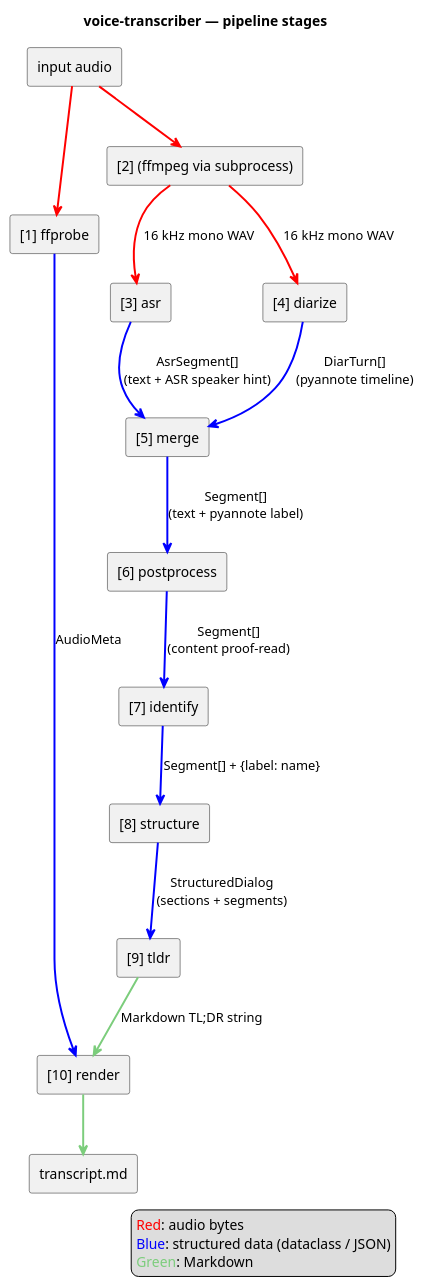
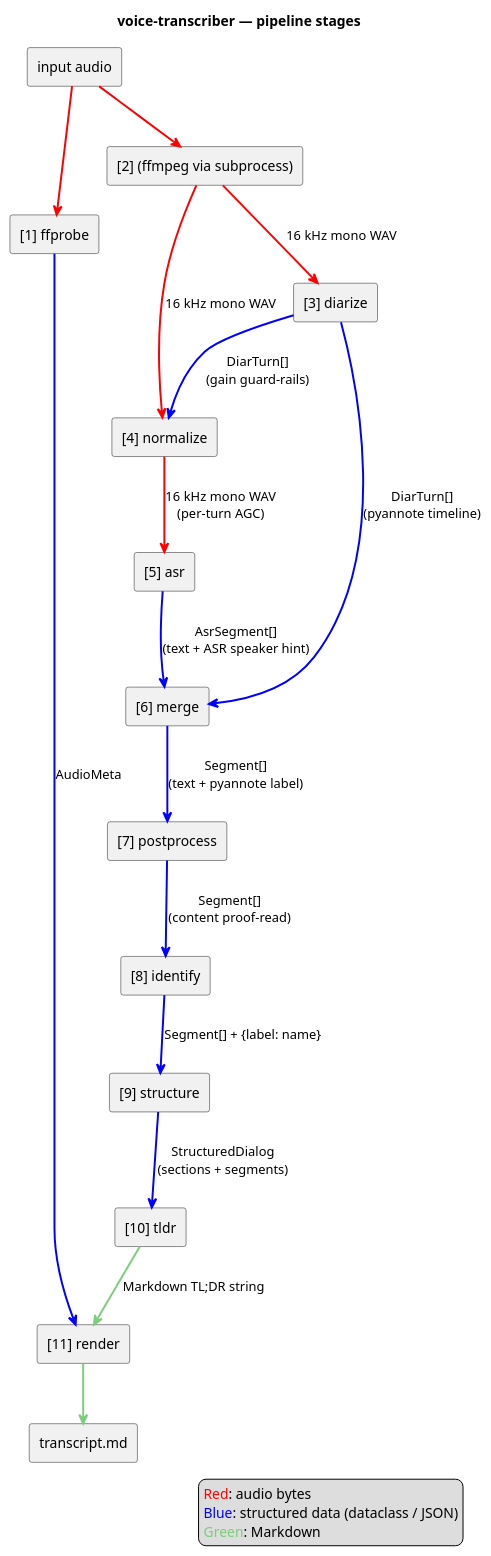
Before and after one commit to artem-from-ua/voice-transcriber: the second of 2 diagrams in docs/architecture.md, drawn with PlantUML. The commit also changed other lines of this file and 18 other files, not shown here.

````diff
--- a/docs/architecture.md
+++ b/docs/architecture.md
@@ -63,45 +63,48 @@
 ```plantuml
 @startuml
 title voice-transcriber — pipeline stages
 skinparam componentStyle rectangle
 skinparam ArrowThickness 2
 
 [input audio] as Input
 [transcript.md] as Output
 
 component "[1] ffprobe" as FF
 component "[2] (ffmpeg via subprocess)" as WAV
-component "[3] asr" as ASR
-component "[4] diarize" as Diar
-component "[5] merge" as Merge
-component "[6] postprocess" as Post
-component "[7] identify" as Ident
-component "[8] structure" as Struct
-component "[9] tldr" as TLDR
-component "[10] render" as Render
+component "[3] diarize" as Diar
+component "[4] normalize" as Norm
+component "[5] asr" as ASR
+component "[6] merge" as Merge
+component "[7] postprocess" as Post
+component "[8] identify" as Ident
+component "[9] structure" as Struct
+component "[10] tldr" as TLDR
+component "[11] render" as Render
 
 Input -[#red]-> FF
 Input -[#red]-> WAV
 
-WAV -[#red]-> ASR : 16 kHz mono WAV
 WAV -[#red]-> Diar : 16 kHz mono WAV
+WAV -[#red]-> Norm : 16 kHz mono WAV
+Diar -[#blue]-> Norm : DiarTurn[]\n(gain guard-rails)
+Norm -[#red]-> ASR : 16 kHz mono WAV\n(per-turn AGC)
 
 ASR -[#blue]-> Merge : AsrSegment[]\n(text + ASR speaker hint)
 Diar -[#blue]-> Merge : DiarTurn[]\n(pyannote timeline)
 
 Merge -[#blue]-> Post : Segment[]\n(text + pyannote label)
 Post -[#blue]-> Ident : Segment[]\n(content proof-read)
 Ident -[#blue]-> Struct : Segment[] + {label: name}
 Struct -[#blue]-> TLDR : StructuredDialog\n(sections + segments)
 
 FF -[#blue]-> Render : AudioMeta
 TLDR -[#7CCD7C]-> Render : Markdown TL;DR string
 Render -[#7CCD7C]-> Output
 
 legend right
   <color:red>Red</color>: audio bytes
   <color:blue>Blue</color>: structured data (dataclass / JSON)
   <color:#7CCD7C>Green</color>: Markdown
 end legend
 @enduml
 ```
````
